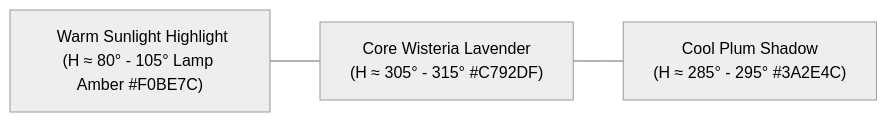
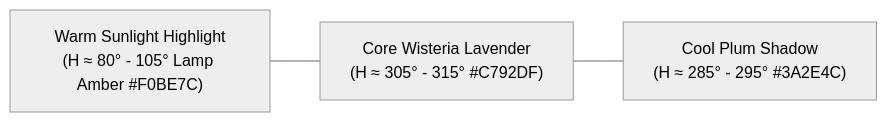
The second of 5 diagrams in DESIGN.md (lxcario/PixiBun), drawn with Mermaid (neutral theme) before and after one commit. The commit also changed other lines of this file and 44 other files, not shown here.

````diff
--- a/DESIGN.md
+++ b/DESIGN.md
@@ -41,5 +41,5 @@
 ```mermaid
 graph LR
-    Highlight["️ Warm Sunlight Highlight<br/>(H ≈ 80° - 105° Lamp Amber #F0BE7C)"] --- Base[" Core Wisteria Lavender<br/>(H ≈ 305° - 315° #C792DF)"]
+    Highlight["Warm Sunlight Highlight<br/>(H ≈ 80° - 105° Lamp Amber #F0BE7C)"] --- Base[" Core Wisteria Lavender<br/>(H ≈ 305° - 315° #C792DF)"]
     Base --- Shadow[" Cool Plum Shadow<br/>(H ≈ 285° - 295° #3A2E4C)"]
 ```
````
